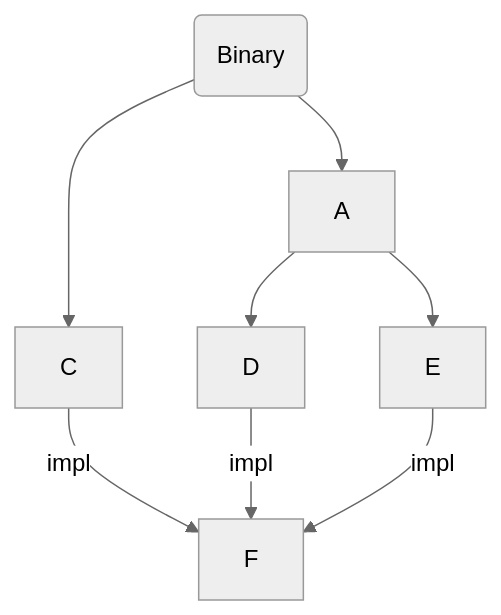
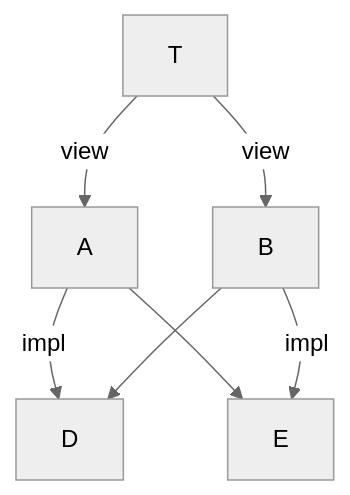
Before and after one commit to rust-lang/rfcs: the sixth of 11 diagrams in text/0000-extern-impl.md, drawn with Mermaid (neutral theme). The commit also changed other lines of this file, not shown here.

````diff
--- a/text/0000-extern-impl.md
+++ b/text/0000-extern-impl.md
@@ -174,6 +249,8 @@
 ```mermaid
 graph TB
- Bin(Binary) --> A & C
- A --> D & E
- C & D & E -->|impl| F
- ```
+  T -->|view| A & B
+  A -->|impl| D
+  A --> E
+  B --> D
+  B -->|impl| E
+```
````
